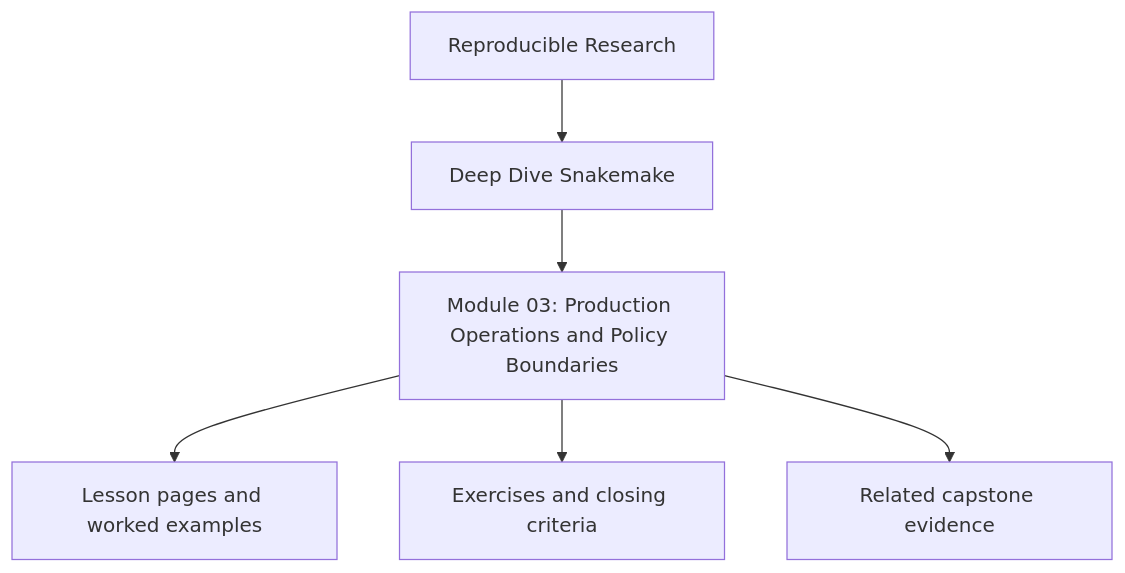
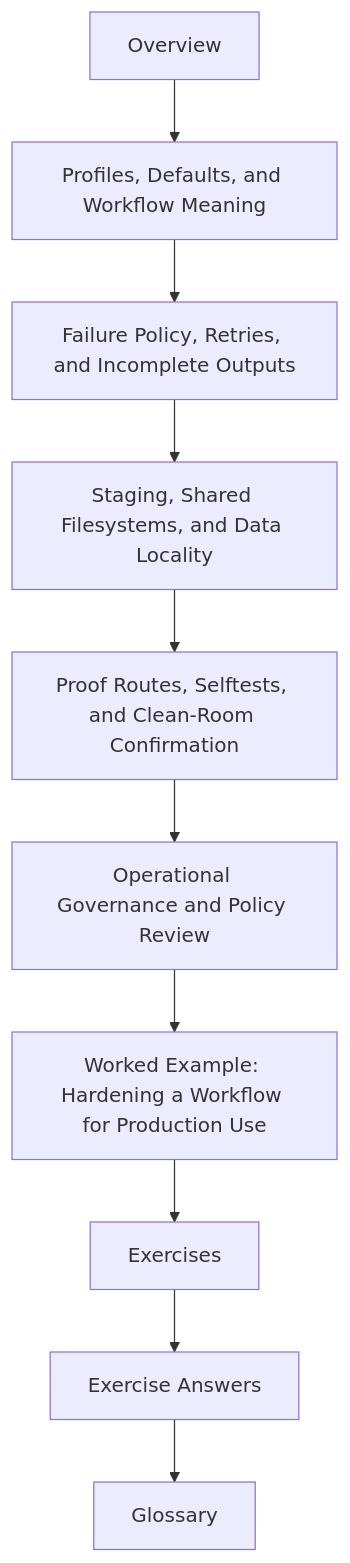
One commit to bijux/bijux-masterclass changed the diagram in programs/reproducible-research/deep-dive-snakemake/course-book/module-03-production-operations-policy-boundaries/index.md. Above: the diagram before and after it, drawn with Mermaid. The commit also changed other lines of this file, not shown here.

Commit message:
docs(snakemake-course): reshape module 03 overview around policy boundaries

````diff
--- a/programs/reproducible-research/deep-dive-snakemake/course-book/module-03-production-operations-policy-boundaries/index.md
+++ b/programs/reproducible-research/deep-dive-snakemake/course-book/module-03-production-operations-policy-boundaries/index.md
@@ -9,8 +24,12 @@
 ```mermaid
 flowchart TD
-  family["Reproducible Research"] --> program["Deep Dive Snakemake"]
-  program --> module["Module 03: Production Operations and Policy Boundaries"]
-  module --> lessons["Lesson pages and worked examples"]
-  module --> checkpoints["Exercises and closing criteria"]
-  module --> capstone["Related capstone evidence"]
+  start["Overview"] --> core1["Profiles, Defaults, and Workflow Meaning"]
+  core1 --> core2["Failure Policy, Retries, and Incomplete Outputs"]
+  core2 --> core3["Staging, Shared Filesystems, and Data Locality"]
+  core3 --> core4["Proof Routes, Selftests, and Clean-Room Confirmation"]
+  core4 --> core5["Operational Governance and Policy Review"]
+  core5 --> example["Worked Example: Hardening a Workflow for Production Use"]
+  example --> practice["Exercises"]
+  practice --> answers["Exercise Answers"]
+  answers --> glossary["Glossary"]
 ```
````
